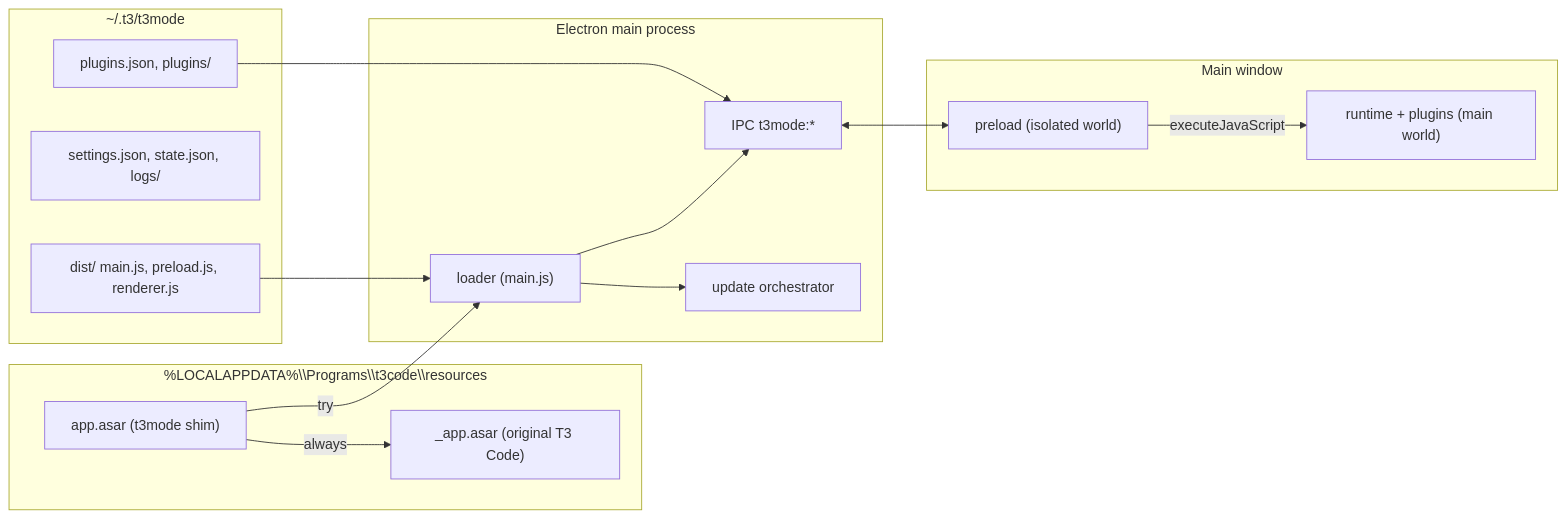
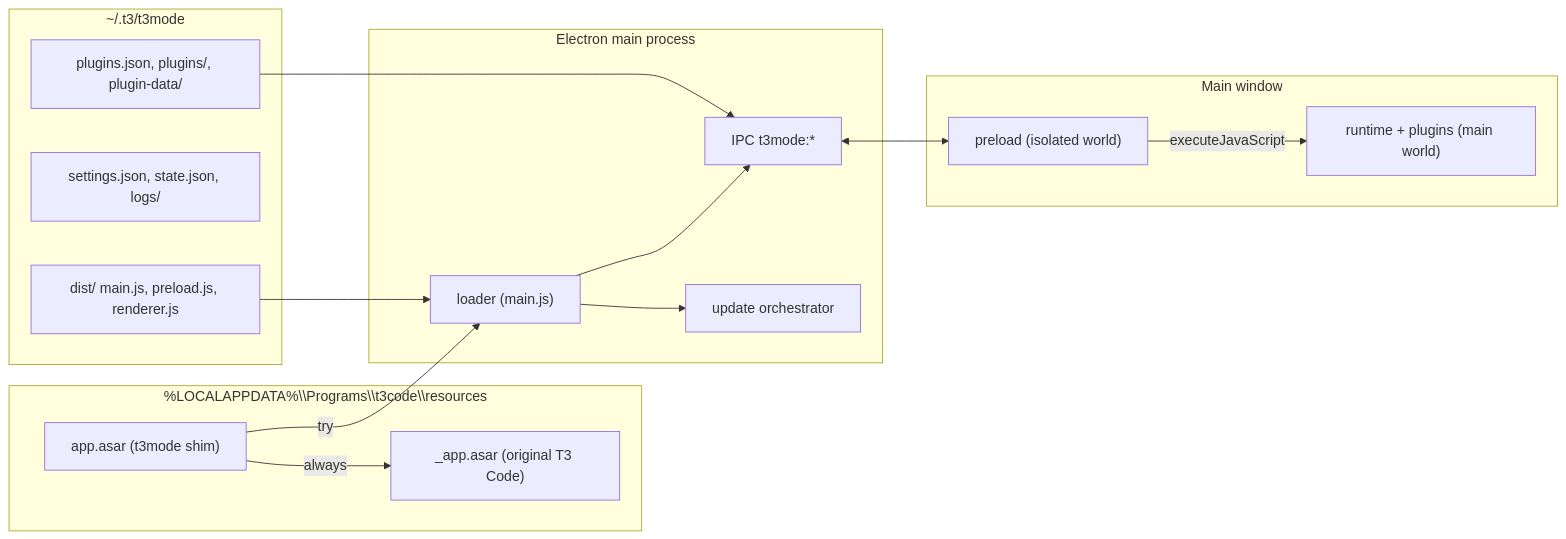
One commit to Hezaerd/t3mode changed the diagram in docs/architecture.md. Above: the diagram before and after it, drawn with Mermaid. The commit also changed other lines of this file and 4 other files, not shown here.

Commit message:
feat(plugins): delete a plugin's data when it is removed

````diff
--- a/docs/architecture.md
+++ b/docs/architecture.md
@@ -41,27 +41,27 @@
 ```mermaid
 flowchart LR
   subgraph Install["%LOCALAPPDATA%\\Programs\\t3code\\resources"]
     SHIM["app.asar (t3mode shim)"]
     ORIG["_app.asar (original T3 Code)"]
   end
   subgraph Data["~/.t3/t3mode"]
     DIST["dist/ main.js, preload.js, renderer.js"]
     CFG["settings.json, state.json, logs/"]
-    PLG["plugins.json, plugins/"]
+    PLG["plugins.json, plugins/, plugin-data/"]
   end
   subgraph Main["Electron main process"]
     LOADER["loader (main.js)"]
     IPC["IPC t3mode:*"]
     UPD["update orchestrator"]
   end
   subgraph Win["Main window"]
     PRE["preload (isolated world)"]
     RT["runtime + plugins (main world)"]
   end
   SHIM -->|try| LOADER
   SHIM -->|always| ORIG
   DIST --> LOADER
   PLG --> IPC
   LOADER --> IPC & UPD
   IPC <--> PRE -->|executeJavaScript| RT
 ```
````
